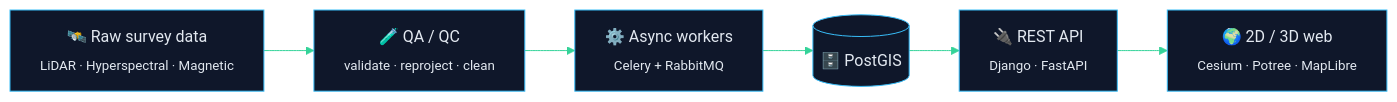
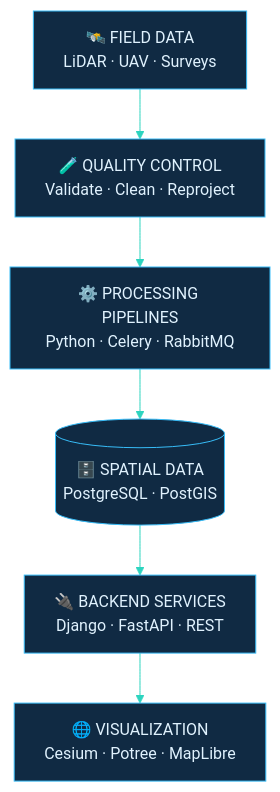
The diagram in README.md (sonar-hopes/sonar-hopes), drawn with Mermaid before and after one commit. The commit also changed other lines of this file, not shown here.

````diff
--- a/README.md
+++ b/README.md
@@ -53,9 +132,9 @@
 ```mermaid
-%%{init: {'theme':'base','themeVariables':{'primaryColor':'#0f172a','primaryTextColor':'#e2e8f0','primaryBorderColor':'#38bdf8','lineColor':'#34d399','fontFamily':'monospace'}}}%%
-flowchart LR
-    A["🛰️ Raw survey data<br/><sub>LiDAR · Hyperspectral · Magnetic</sub>"] --> B["🧪 QA / QC<br/><sub>validate · reproject · clean</sub>"]
-    B --> C["⚙️ Async workers<br/><sub>Celery + RabbitMQ</sub>"]
-    C --> D[("🗄️ PostGIS")]
-    D --> E["🔌 REST API<br/><sub>Django · FastAPI</sub>"]
-    E --> F["🌍 2D / 3D web<br/><sub>Cesium · Potree · MapLibre</sub>"]
+%%{init: {'theme':'base','themeVariables':{'primaryColor':'#102a43','primaryTextColor':'#e0f2fe','primaryBorderColor':'#38bdf8','lineColor':'#2dd4bf','secondaryColor':'#0f172a','tertiaryColor':'#164e63','fontFamily':'monospace'}}}%%
+flowchart TD
+    A["🛰️ FIELD DATA<br/>LiDAR · UAV · Surveys"] --> B["🧪 QUALITY CONTROL<br/>Validate · Clean · Reproject"]
+    B --> C["⚙️ PROCESSING PIPELINES<br/>Python · Celery · RabbitMQ"]
+    C --> D[("🗄️ SPATIAL DATA<br/>PostgreSQL · PostGIS")]
+    D --> E["🔌 BACKEND SERVICES<br/>Django · FastAPI · REST"]
+    E --> F["🌐 VISUALIZATION<br/>Cesium · Potree · MapLibre"]
 ```
````
